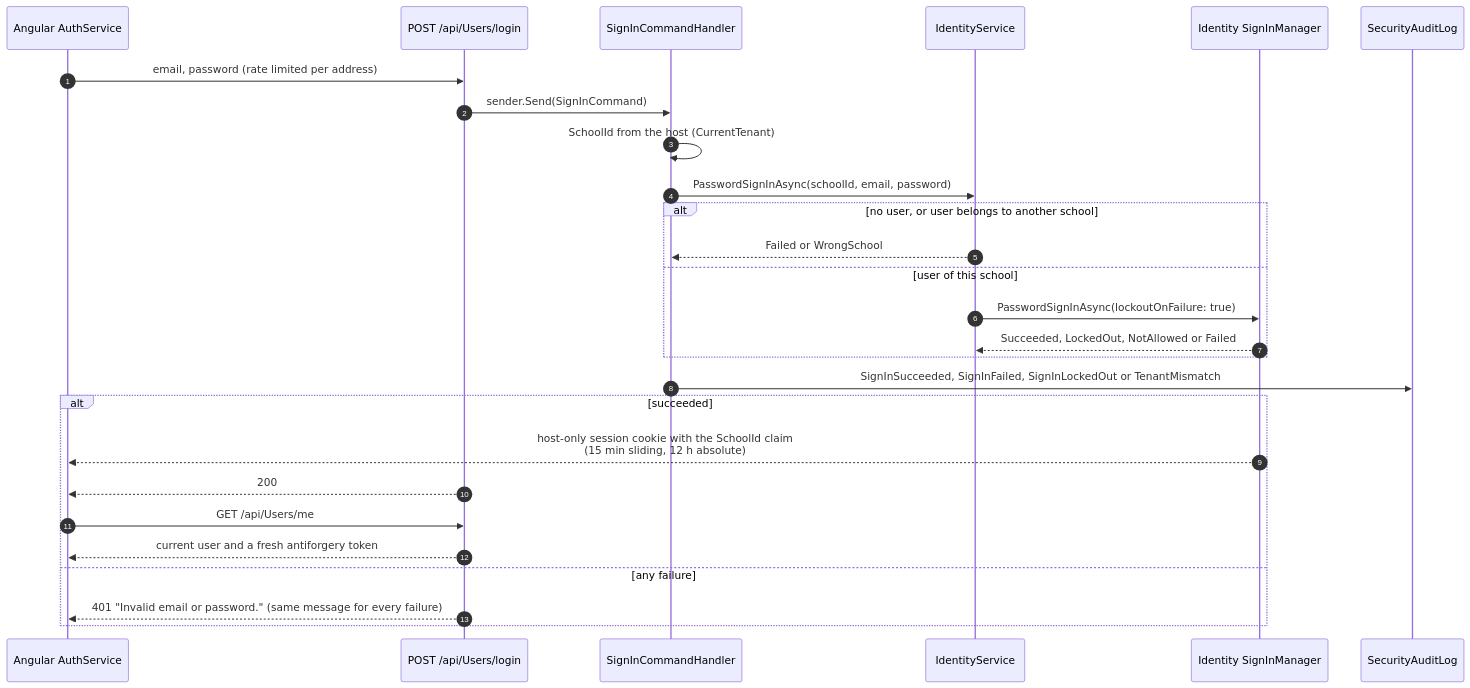
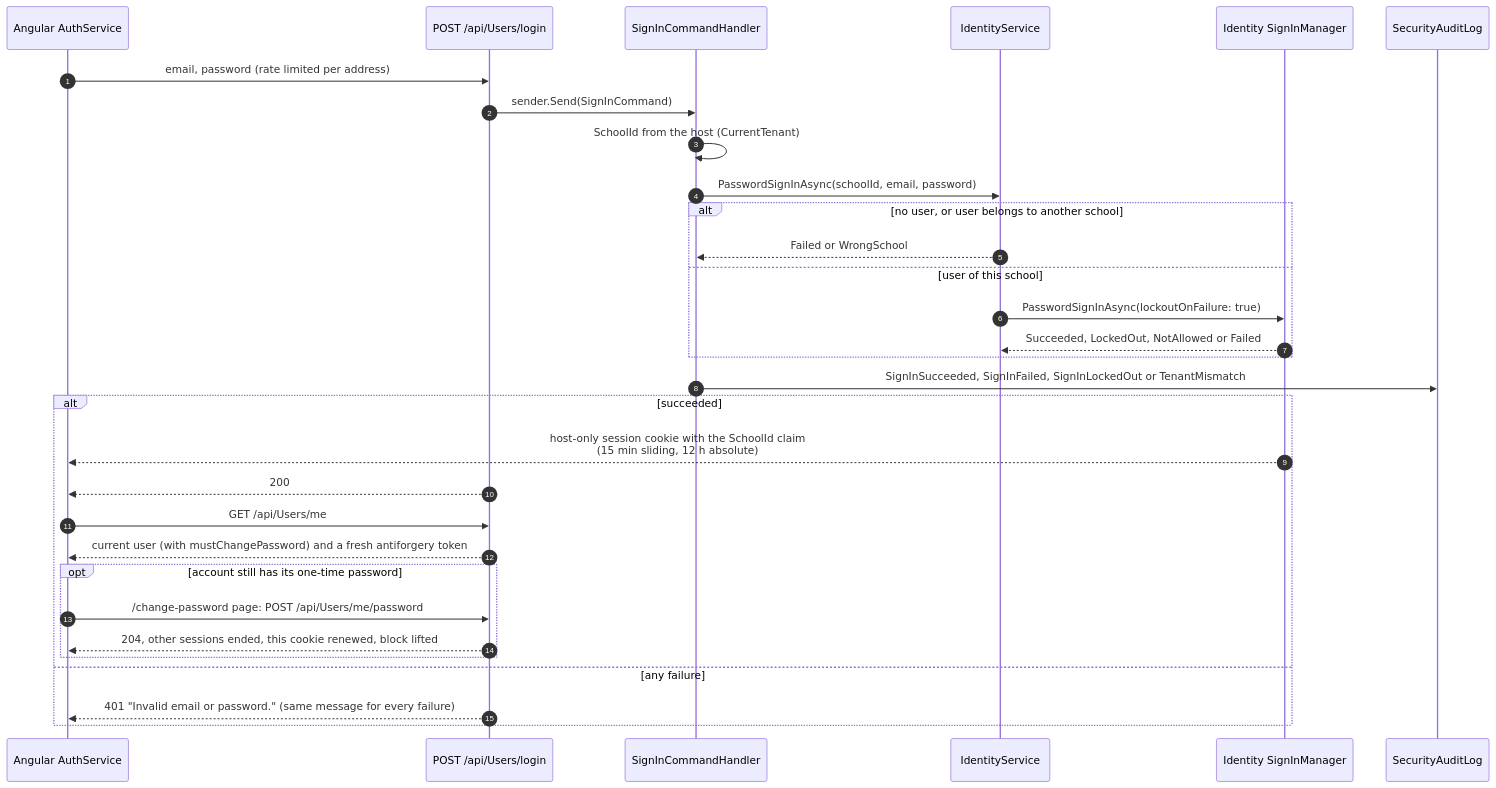
The tenth of 20 diagrams in README.md (ahmedshahjr/Education-Portal), drawn with Mermaid before and after one commit. The commit also changed other lines of this file and 46 other files, not shown here.

````diff
--- a/README.md
+++ b/README.md
@@ -588,29 +588,33 @@
 ```mermaid
 sequenceDiagram
     autonumber
     participant UI as Angular AuthService
     participant E as POST /api/Users/login
     participant H as SignInCommandHandler
     participant I as IdentityService
     participant SM as Identity SignInManager
     participant A as SecurityAuditLog
     UI->>E: email, password (rate limited per address)
     E->>H: sender.Send(SignInCommand)
     H->>H: SchoolId from the host (CurrentTenant)
     H->>I: PasswordSignInAsync(schoolId, email, password)
     alt no user, or user belongs to another school
         I-->>H: Failed or WrongSchool
     else user of this school
         I->>SM: PasswordSignInAsync(lockoutOnFailure: true)
         SM-->>I: Succeeded, LockedOut, NotAllowed or Failed
     end
     H->>A: SignInSucceeded, SignInFailed, SignInLockedOut or TenantMismatch
     alt succeeded
         SM-->>UI: host-only session cookie with the SchoolId claim<br/>(15 min sliding, 12 h absolute)
         E-->>UI: 200
         UI->>E: GET /api/Users/me
-        E-->>UI: current user and a fresh antiforgery token
+        E-->>UI: current user (with mustChangePassword) and a fresh antiforgery token
+        opt account still has its one-time password
+            UI->>E: /change-password page: POST /api/Users/me/password
+            E-->>UI: 204, other sessions ended, this cookie renewed, block lifted
+        end
     else any failure
         E-->>UI: 401 "Invalid email or password." (same message for every failure)
     end
 ```
````
